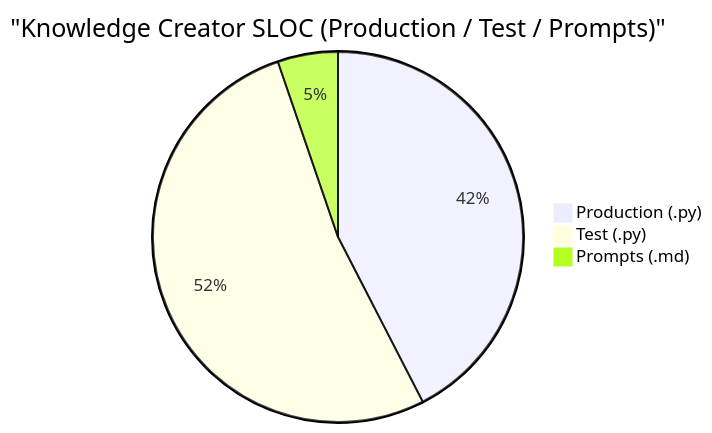
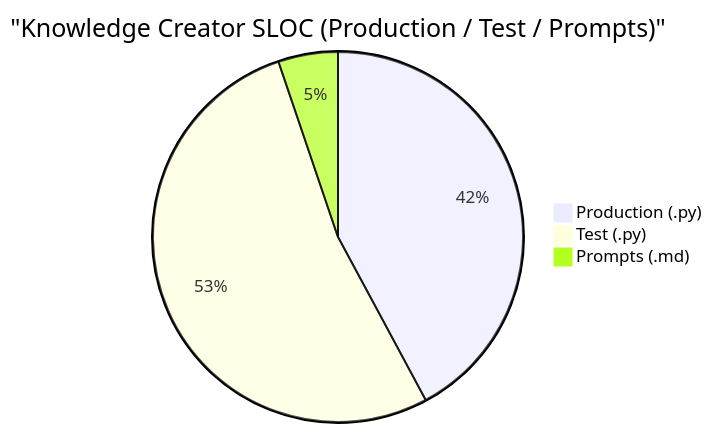
Before and after one commit to nablarch/nabledge-dev: the tenth of 11 diagrams in docs/metrics.md, drawn with Mermaid. The commit also changed other lines of this file and 3 other files, not shown here.

First line of the commit message:
fix: collect issue metrics and add DORA trend charts to scorecard (#226)

````diff
--- a/docs/metrics.md
+++ b/docs/metrics.md
@@ -114,6 +112,6 @@
 ```mermaid
 pie title "Knowledge Creator SLOC (Production / Test / Prompts)"
-  "Production (.py)" : 4109
-  "Test (.py)" : 5064
+  "Production (.py)" : 4119
+  "Test (.py)" : 5145
   "Prompts (.md)" : 509
 ```
````
